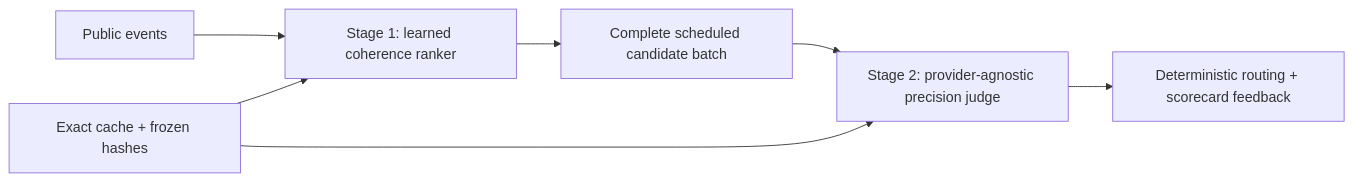
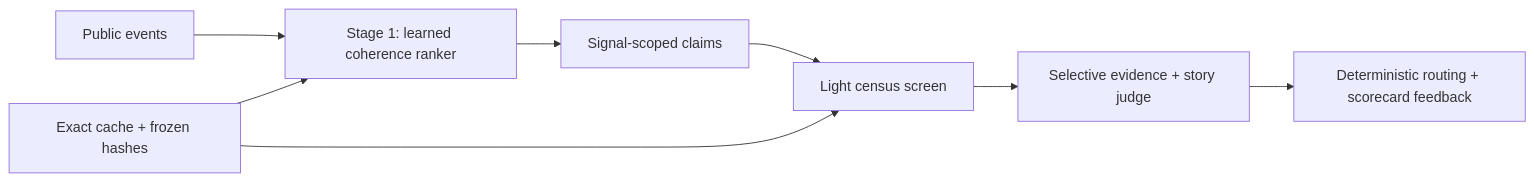
One commit to rpinho/sentinel changed the diagram in README.md. Above: the diagram before and after it, drawn with Mermaid. The commit also changed other lines of this file and 8 other files, not shown here.

````diff
--- a/README.md
+++ b/README.md
@@ -24,9 +25,10 @@
 ```mermaid
 flowchart LR
     A["Public events"] --> B["Stage 1: learned coherence ranker"]
-    B --> C["Complete scheduled candidate batch"]
-    C --> D["Stage 2: provider-agnostic precision judge"]
-    D --> E["Deterministic routing + scorecard feedback"]
+    B --> C["Signal-scoped claims"]
+    C --> D["Light census screen"]
+    D --> E["Selective evidence + story judge"]
+    E --> G["Deterministic routing + scorecard feedback"]
     F["Exact cache + frozen hashes"] --> B
     F --> D
 ```
````
